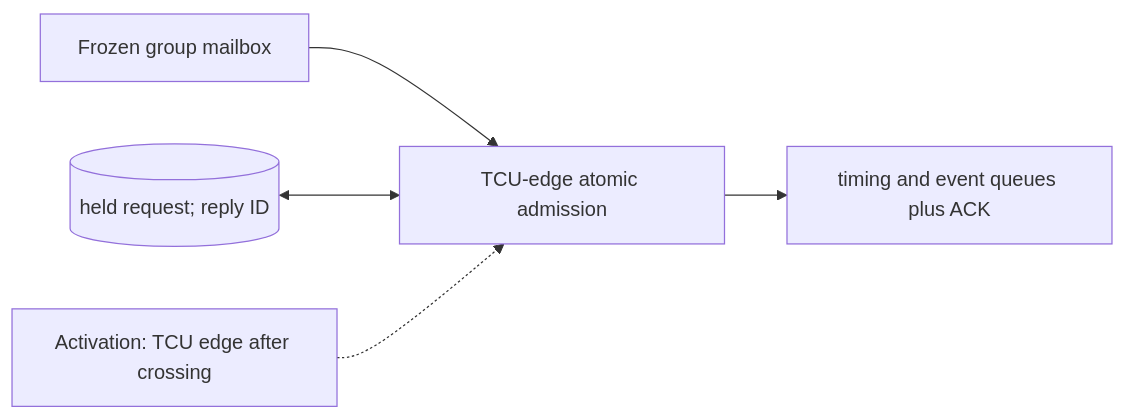
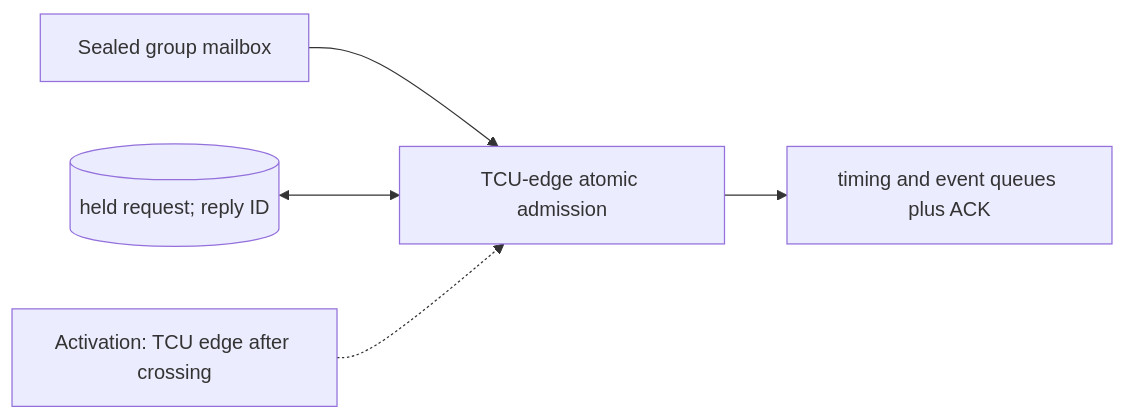
Before and after one commit to qsbit-org/qsbit-sim: the diagram in docs/modules/command-crossing-and-admission.md, drawn with Mermaid. The commit also changed other lines of this file and 21 other files, not shown here.

````diff
--- a/docs/modules/command-crossing-and-admission.md
+++ b/docs/modules/command-crossing-and-admission.md
@@ -17,7 +17,7 @@
 ```mermaid
 flowchart LR
-    U["Frozen group mailbox"] --> P["TCU-edge atomic admission"]
+    U["Sealed group mailbox"] --> P["TCU-edge atomic admission"]
     S[("held request; reply ID")] <--> P
     P --> D["timing and event queues plus ACK"]
     K["Activation: TCU edge after crossing"] -.-> P
 ```
````
